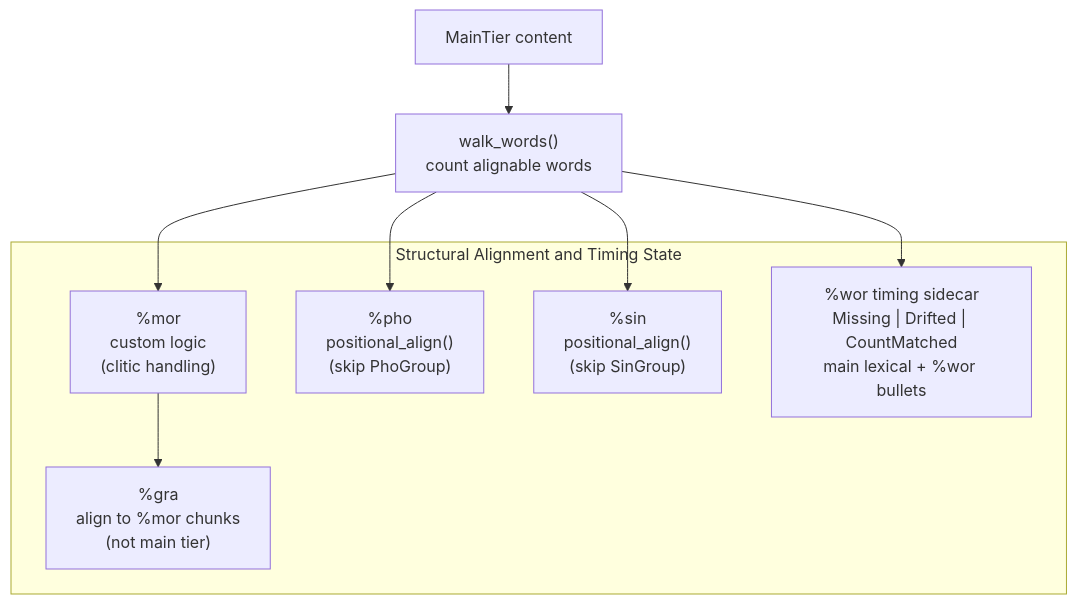
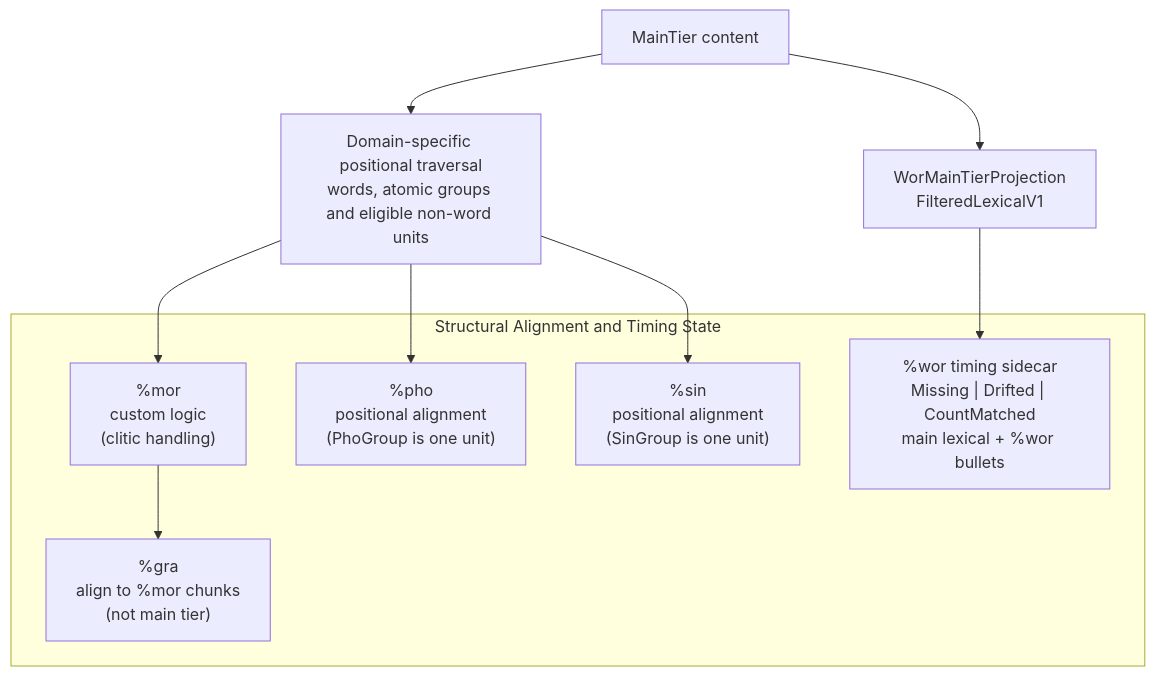
The third of 3 diagrams in book/src/architecture/chat-model/chat-model.md (TalkBank/chatter), drawn with Mermaid before and after one commit. The commit also changed other lines of this file and 950 other files, not shown here.

````diff
--- a/book/src/architecture/chat-model/chat-model.md
+++ b/book/src/architecture/chat-model/chat-model.md
@@ -330,17 +356,18 @@
 ```mermaid
 flowchart TD
     main["MainTier content"]
-    walker["walk_words()\ncount alignable words"]
+    positions["Domain-specific positional traversal\nwords, atomic groups and eligible non-word units"]
 
     subgraph "Structural Alignment and Timing State"
         mor["%mor\ncustom logic\n(clitic handling)"]
-        pho["%pho\npositional_align()\n(skip PhoGroup)"]
-        sin["%sin\npositional_align()\n(skip SinGroup)"]
+        pho["%pho\npositional alignment\n(PhoGroup is one unit)"]
+        sin["%sin\npositional alignment\n(SinGroup is one unit)"]
         wor["%wor timing sidecar\nMissing | Drifted | CountMatched\nmain lexical + %wor bullets"]
         gra["%gra\nalign to %mor chunks\n(not main tier)"]
     end
 
-    main --> walker
-    walker --> mor & pho & sin & wor
+    main --> positions
+    positions --> mor & pho & sin
+    main --> projection["WorMainTierProjection\nFilteredLexicalV1"] --> wor
     mor --> gra
 ```
````
